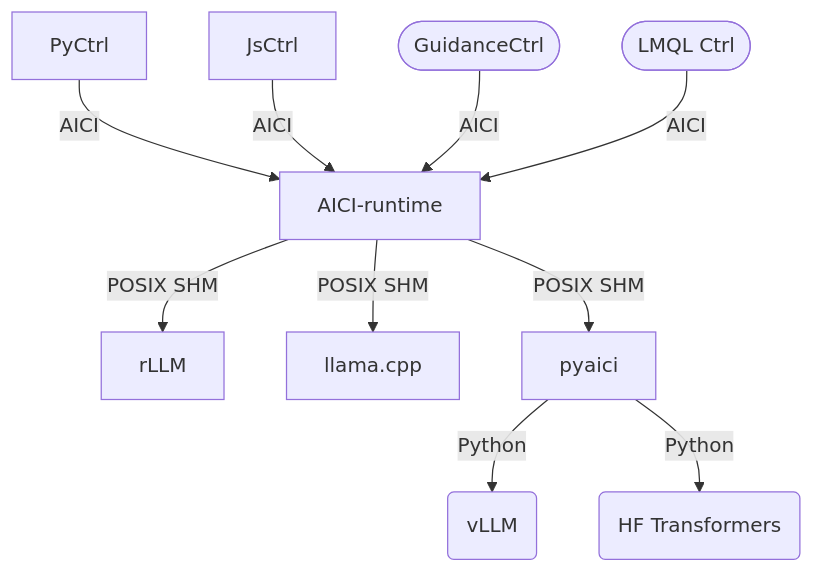
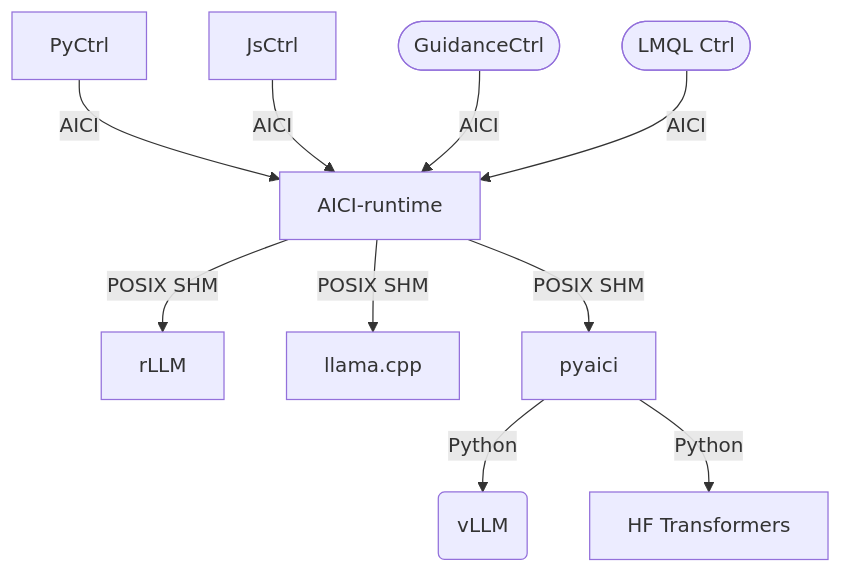
The second of 2 diagrams in README.md (microsoft/aici), drawn with Mermaid before and after one commit.

Commit message:
[skip ci] fix drawing

````diff
--- a/README.md
+++ b/README.md
@@ -316,12 +316,12 @@
 ```mermaid
 graph TD
     PyCtrl -- AICI --> aicirt[AICI-runtime]
     JsCtrl -- AICI --> aicirt
     guidance([GuidanceCtrl]) -- AICI --> aicirt
     lmql([LMQL Ctrl]) -- AICI --> aicirt
     aicirt -- POSIX SHM --> rLLM
     aicirt -- POSIX SHM --> llama[llama.cpp]
     aicirt -- POSIX SHM --> pyaici
     pyaici -- Python --> vLLM(vLLM)
-    pyaici -- Python --> hf(HF Transformers)
+    pyaici -- Python --> hf[HF Transformers]
 ```
````
